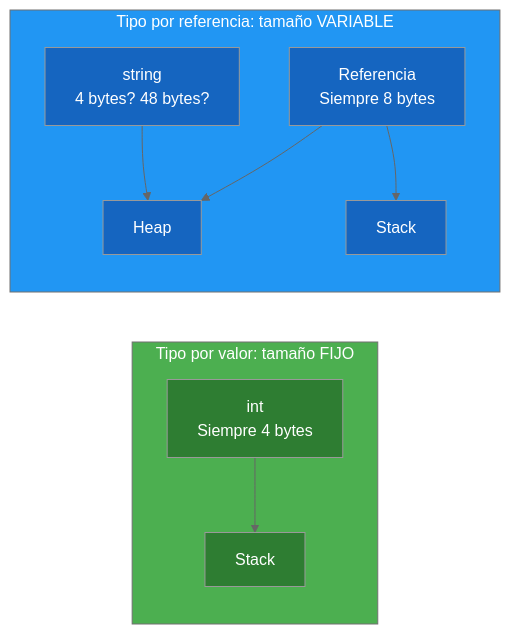
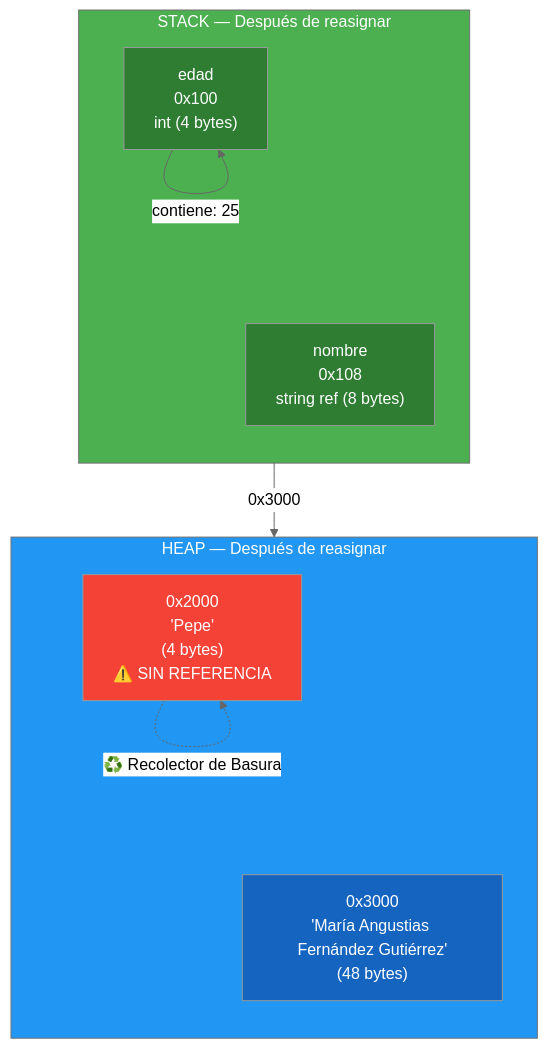
One commit to joseluisgs/Programacion-01-2026-2027 changed the fifth of 5 diagrams in 05-tipos-datos.md. Above: the diagram before and after it, drawn with Mermaid (neutral theme). The commit also changed other lines of this file, not shown here.

Commit message:
feat: mejora§5.6 con diagramas detallados de Stack/Heap, direcciones de memoria, reasignación y Recolector de Basura

````diff
--- a/05-tipos-datos.md
+++ b/05-tipos-datos.md
@@ -381,19 +385,22 @@
 ```mermaid
-graph LR
-    subgraph VALOR ["Tipo por valor: tamaño FIJO"]
-        A["int<br/>Siempre 4 bytes"] --> B["Stack"]
+graph TB
+    subgraph STACK ["STACK — Después de reasignar"]
+        direction TB
+        EDAD["edad<br/>0x100<br/>int (4 bytes)"]
+        NOMBRE["nombre<br/>0x108<br/>string ref (8 bytes)"]
     end
-    subgraph REFERENCIA ["Tipo por referencia: tamaño VARIABLE"]
-        C["string<br/>4 bytes? 48 bytes?"] --> D["Heap"]
-        E["Referencia<br/>Siempre 8 bytes"] --> F["Stack"]
-        E --> D
+    subgraph HEAP ["HEAP — Después de reasignar"]
+        direction TB
+        OBJ1["0x2000<br/>'Pepe'<br/>(4 bytes)<br/>⚠️ SIN REFERENCIA"]
+        OBJ2["0x3000<br/>'María Angustias Fernández Gutiérrez'<br/>(48 bytes)"]
     end
-    style VALOR fill:#4CAF50,color:#fff
-    style REFERENCIA fill:#2196F3,color:#fff
-    style A fill:#2E7D32,color:#fff
-    style B fill:#2E7D32,color:#fff
-    style C fill:#1565C0,color:#fff
-    style D fill:#1565C0,color:#fff
-    style E fill:#1565C0,color:#fff
-    style F fill:#1565C0,color:#fff
+    EDAD -->|"contiene: 25"| EDAD
+    NOMBRE -->|"0x3000"| OBJ2
+    OBJ1 -.->|"♻️ Recolector de Basura"| OBJ1
+    style STACK fill:#4CAF50,color:#fff
+    style HEAP fill:#2196F3,color:#fff
+    style EDAD fill:#2E7D32,color:#fff
+    style NOMBRE fill:#2E7D32,color:#fff
+    style OBJ1 fill:#f44336,color:#fff
+    style OBJ2 fill:#1565C0,color:#fff
 ```
````
